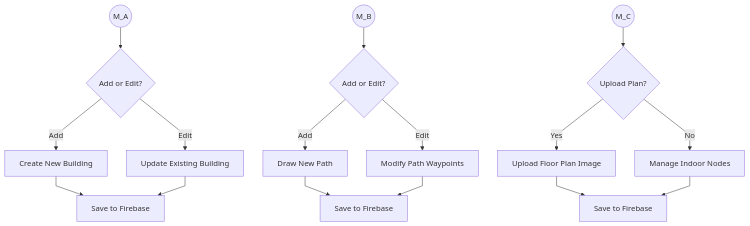
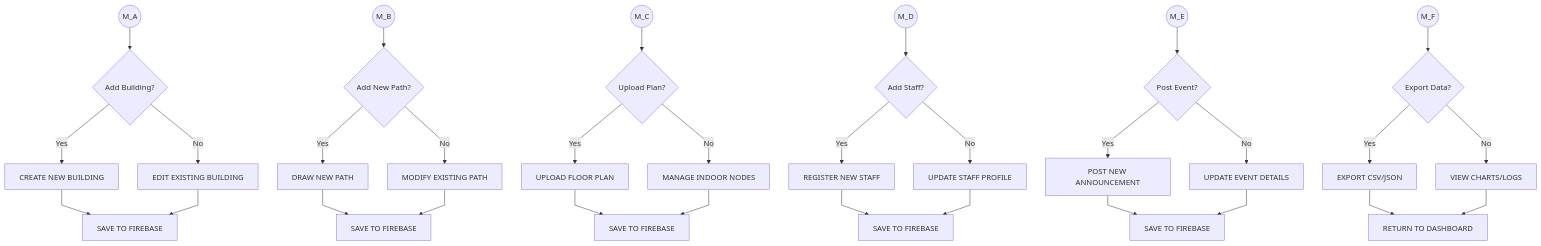
Before and after one commit to Yui1003/iCCAT: the seventh of 8 diagrams in iCCAT-Academic-Flowcharts-Printable.md, drawn with Mermaid. The commit also changed other lines of this file, not shown here.

First line of the commit message:
Complete admin and kiosk flowcharts with academic formatting

````diff
--- a/iCCAT-Academic-Flowcharts-Printable.md
+++ b/iCCAT-Academic-Flowcharts-Printable.md
@@ -247,24 +227,42 @@
 ```mermaid
 %%{init: {'flowchart': {'curve': 'linear', 'nodeSpacing': 40, 'rankSpacing': 40}}}%%
 flowchart TB
     classDef action fill:#00b4d8,stroke:#0077b6,color:#fff
     classDef decision fill:#f59e0b,stroke:#d97706,color:#fff
     
-    MA((M_A)) --> BLD_ACT{Add or Edit?}
-    BLD_ACT -->|Add| B_ADD[Create New Building]
-    BLD_ACT -->|Edit| B_EDT[Update Existing Building]
-    B_ADD --> B_SAVE[Save to Firebase]
+    MA((M_A)) --> BLD_ACT{Add Building?}
+    BLD_ACT -->|Yes| B_ADD[CREATE NEW BUILDING]
+    BLD_ACT -->|No| B_EDT[EDIT EXISTING BUILDING]
+    B_ADD --> B_SAVE[SAVE TO FIREBASE]
     B_EDT --> B_SAVE
     
-    MB((M_B)) --> PTH_ACT{Add or Edit?}
-    PTH_ACT -->|Add| P_ADD[Draw New Path]
-    PTH_ACT -->|Edit| P_EDT[Modify Path Waypoints]
-    P_ADD --> P_SAVE[Save to Firebase]
+    MB((M_B)) --> PTH_ACT{Add New Path?}
+    PTH_ACT -->|Yes| P_ADD[DRAW NEW PATH]
+    PTH_ACT -->|No| P_EDT[MODIFY EXISTING PATH]
+    P_ADD --> P_SAVE[SAVE TO FIREBASE]
     P_EDT --> P_SAVE
     
     MC((M_C)) --> FLR_ACT{Upload Plan?}
-    FLR_ACT -->|Yes| F_UPL[Upload Floor Plan Image]
-    FLR_ACT -->|No| F_MAN[Manage Indoor Nodes]
-    F_UPL --> F_SAVE[Save to Firebase]
-    F_MAN --> F_SAVE
+    FLR_ACT -->|Yes| F_UPL[UPLOAD FLOOR PLAN]
+    FLR_ACT -->|No| F_NOD[MANAGE INDOOR NODES]
+    F_UPL --> F_SAVE[SAVE TO FIREBASE]
+    F_NOD --> F_SAVE
+    
+    MD((M_D)) --> STF_ACT{Add Staff?}
+    STF_ACT -->|Yes| S_ADD[REGISTER NEW STAFF]
+    STF_ACT -->|No| S_EDT[UPDATE STAFF PROFILE]
+    S_ADD --> S_SAVE[SAVE TO FIREBASE]
+    S_EDT --> S_SAVE
+    
+    ME((M_E)) --> EVT_ACT{Post Event?}
+    EVT_ACT -->|Yes| E_ADD[POST NEW ANNOUNCEMENT]
+    EVT_ACT -->|No| E_EDT[UPDATE EVENT DETAILS]
+    E_ADD --> E_SAVE[SAVE TO FIREBASE]
+    E_EDT --> E_SAVE
+    
+    MF((M_F)) --> ANA_ACT{Export Data?}
+    ANA_ACT -->|Yes| A_EXP[EXPORT CSV/JSON]
+    ANA_ACT -->|No| A_VEW[VIEW CHARTS/LOGS]
+    A_EXP --> A_RET[RETURN TO DASHBOARD]
+    A_VEW --> A_RET
 ```
````
